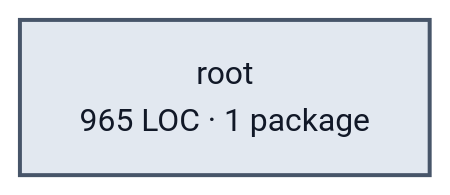
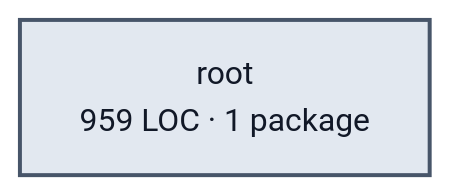
One commit to portpowered/you-agent-factory changed the diagram in docs/architecture/visualizations/services/edges.md. Above: the diagram before and after it, drawn with Mermaid. The commit also changed other lines of this file and 20 other files, not shown here.

Commit message:
docs: refresh backend architecture visualizations

````diff
--- a/docs/architecture/visualizations/services/edges.md
+++ b/docs/architecture/visualizations/services/edges.md
@@ -11,5 +11,5 @@
 ```mermaid
 flowchart LR
-  p0["root<br/>965 LOC · 1 package"]
+  p0["root<br/>959 LOC · 1 package"]
   style p0 fill:#e2e8f0,stroke:#475569,stroke-width:2px,color:#111827
 ```
````
